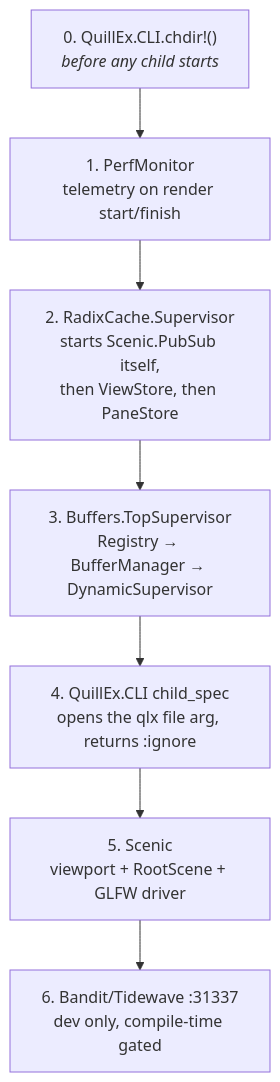
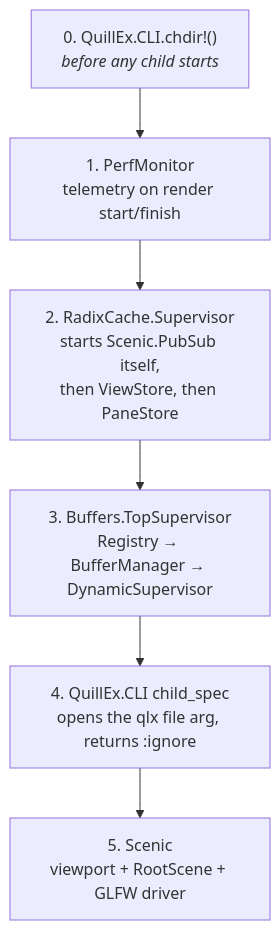
One commit to JediLuke/quillex changed the second of 3 diagrams in docs/CODEBASE_TOUR.md. Above: the diagram before and after it, drawn with Mermaid. The commit also changed 44 other files, not shown here.

````diff
--- a/docs/CODEBASE_TOUR.md
+++ b/docs/CODEBASE_TOUR.md
@@ -83,10 +83,9 @@
 ```mermaid
 flowchart TD
     A["0. QuillEx.CLI.chdir!()<br/><i>before any child starts</i>"] --> B
     B["1. PerfMonitor<br/>telemetry on render start/finish"] --> C
     C["2. RadixCache.Supervisor<br/>starts Scenic.PubSub itself,<br/>then ViewStore, then PaneStore"] --> D
     D["3. Buffers.TopSupervisor<br/>Registry → BufferManager → DynamicSupervisor"] --> E
     E["4. QuillEx.CLI child_spec<br/>opens the qlx file arg, returns :ignore"] --> F
-    F["5. Scenic<br/>viewport + RootScene + GLFW driver"] --> G
-    G["6. Bandit/Tidewave :31337<br/>dev only, compile-time gated"]
+    F["5. Scenic<br/>viewport + RootScene + GLFW driver"]
 ```
````
